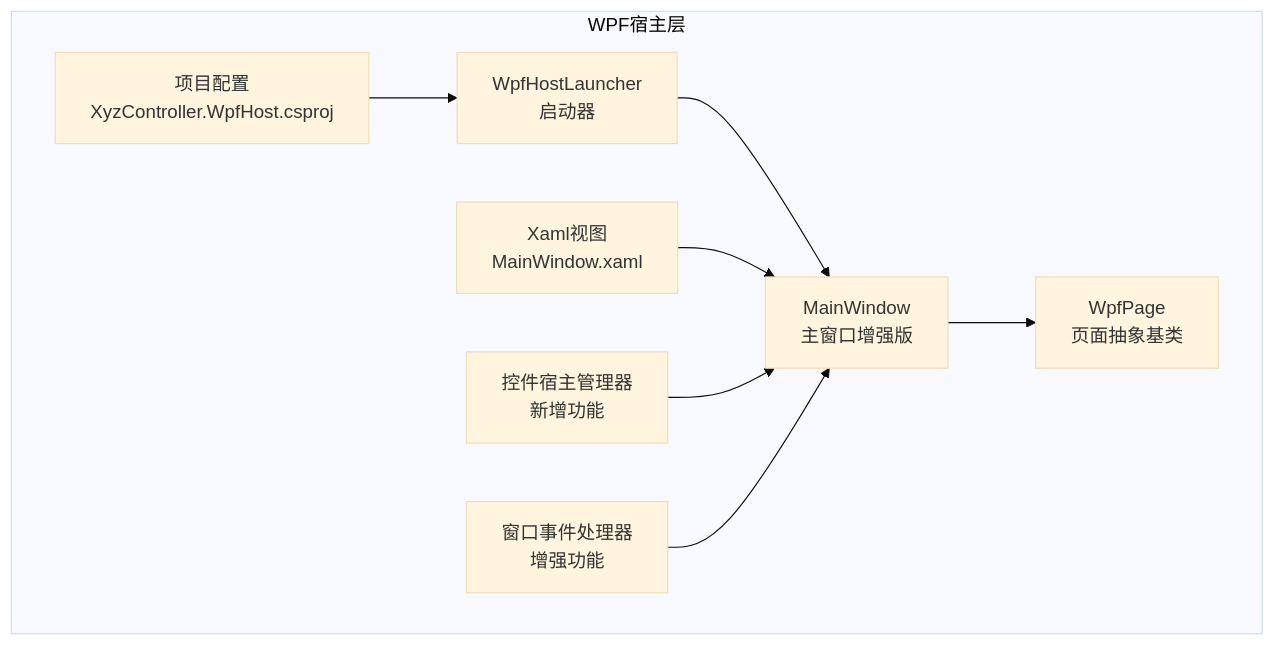
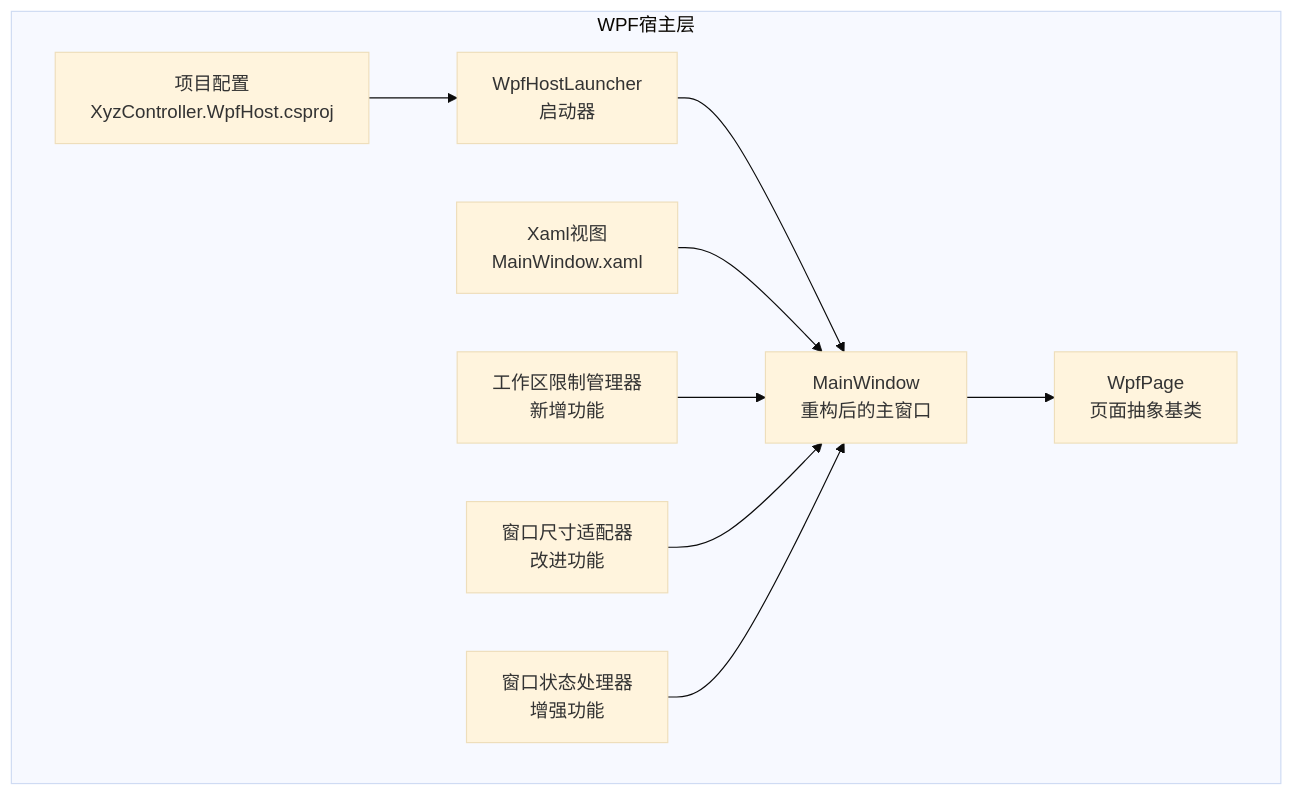
Before and after one commit to fuweiq94-cloud/3399180760: the first of 3 diagrams in .qoder/repowiki/zh/content/WPF宿主层.md, drawn with Mermaid (base theme). The commit also changed other lines of this file and 66 other files, not shown here.

````diff
--- a/.qoder/repowiki/zh/content/WPF宿主层.md
+++ b/.qoder/repowiki/zh/content/WPF宿主层.md
@@ -43,11 +43,12 @@
 ```mermaid
 graph TB
 subgraph "WPF宿主层"
-A["WpfHostLauncher<br/>启动器"] --> B["MainWindow<br/>主窗口增强版"]
+A["WpfHostLauncher<br/>启动器"] --> B["MainWindow<br/>重构后的主窗口"]
 B --> C["WpfPage<br/>页面抽象基类"]
 D["Xaml视图<br/>MainWindow.xaml"] --> B
 E["项目配置<br/>XyzController.WpfHost.csproj"] --> A
-F["控件宿主管理器<br/>新增功能"] --> B
-G["窗口事件处理器<br/>增强功能"] --> B
+F["工作区限制管理器<br/>新增功能"] --> B
+G["窗口尺寸适配器<br/>改进功能"] --> B
+H["窗口状态处理器<br/>增强功能"] --> B
 end
 ```
````
